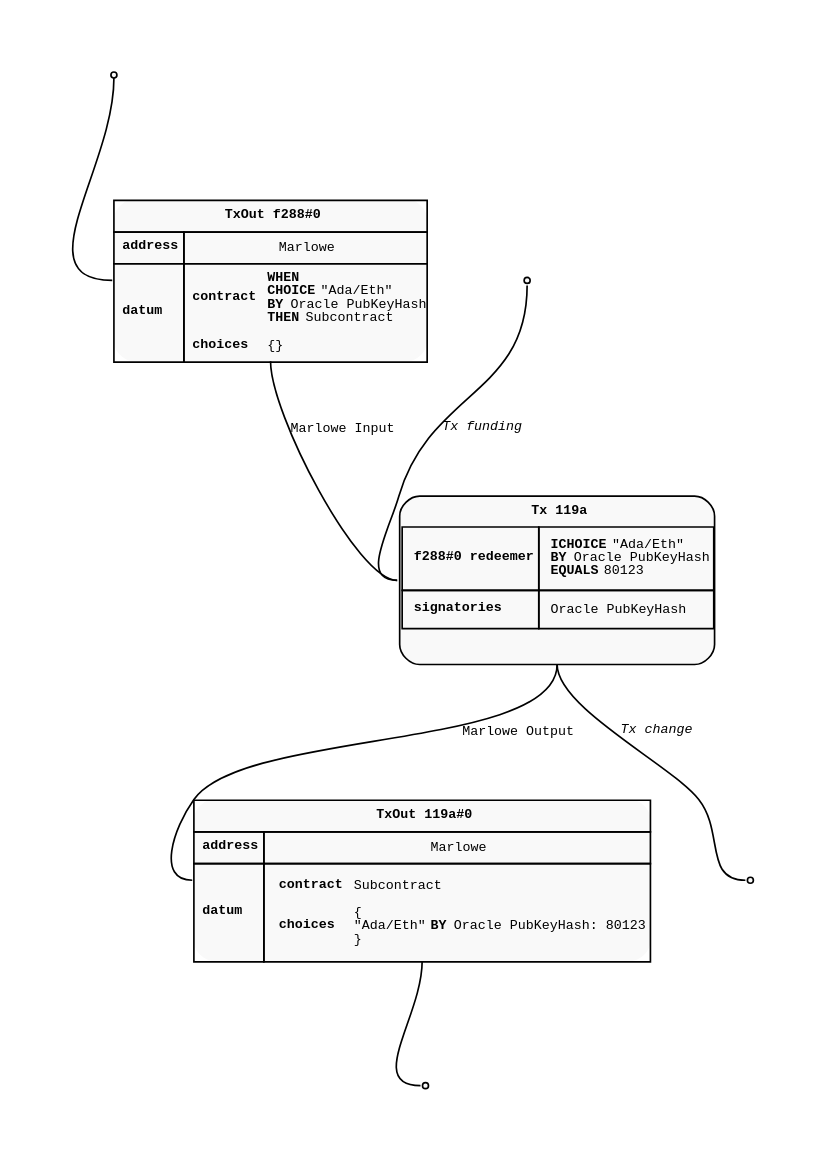
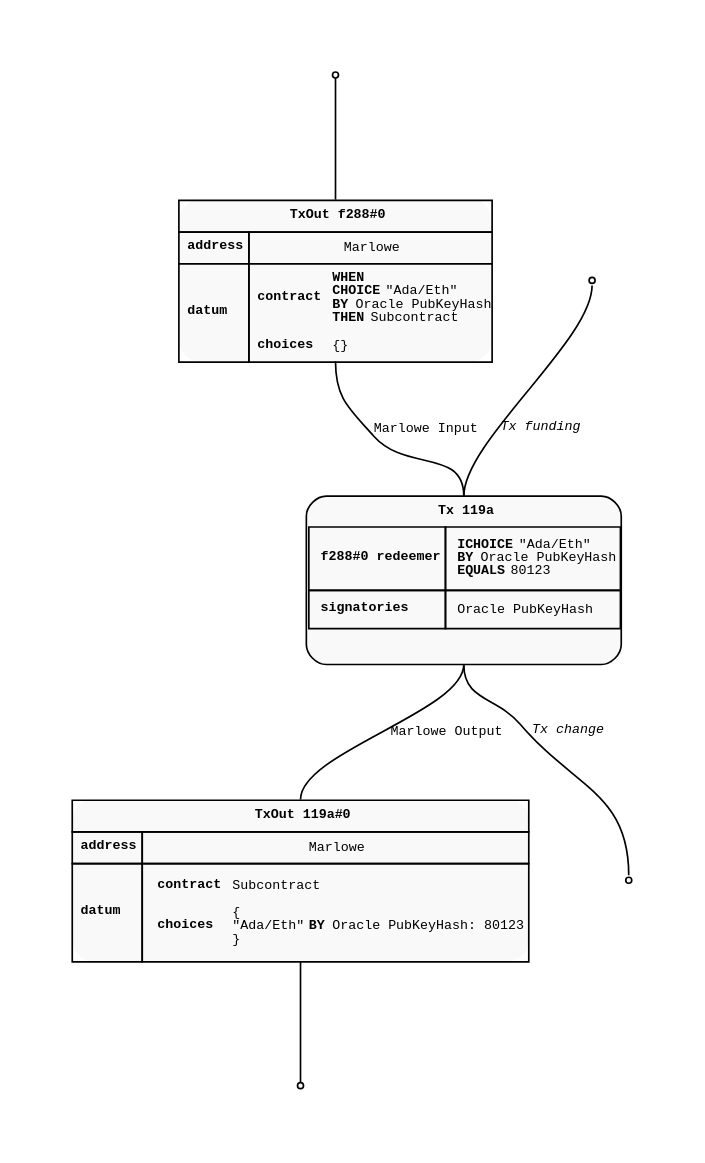
The diagram in diagrams/utxo-marlowe-choice-verification.dot (marlowe-lang/marlowe-oracle-protocol), drawn with Graphviz before and after one commit. The commit also changed 22 other files, not shown here.

Commit message:
Actually make diagrams top-down

```diff
--- a/diagrams/utxo-marlowe-choice-verification.dot
+++ b/diagrams/utxo-marlowe-choice-verification.dot
@@ -1,102 +1,102 @@
 digraph Marlowe_Choice_Authenticity {
   rankdir=TD;
   graph [pad="0.5", nodesep="0.8", ranksep="1"];
   node [shape=rect, style="filled,rounded", fillcolor="#f9f9f9", fontname="Courier New", fontsize="8pt"];
-  edge [arrowhead=none, tailport="s", headport="w", color="#aaa", fontname="Courier New", fontsize="8pt"];
+  edge [arrowhead=none, tailport="s", headport="n", color="#aaa", fontname="Courier New", fontsize="8pt"];
 
   Tx [label=<
     <TABLE CELLSPACING="0" CELLPADDING="4" border="1" CELLBORDER="0" style="rounded" color="#aaa">
       <TR>
         <TD colspan="2" align="center"><b>Tx 119a</b></TD>
       </TR>
       <TR>
         <TD CELLPADDING="0">
           <TABLE CELLSPACING="0" CELLPADDING="6" border="0" CELLBORDER="0">
             <TR>
               <TD border="1" align="left"><b>f288#0 redeemer</b></TD>
               <TD border="1" align="left" balign="left"><b>ICHOICE </b>"Ada/Eth"<br/><b>BY </b>Oracle PubKeyHash<br/><b>EQUALS </b>80123</TD>
             </TR>
             <TR>
               <TD border="1" align="left"><b>signatories</b></TD>
               <TD border="1" align="left">Oracle PubKeyHash</TD>
             </TR>
             <TR>
               <TD collspan="2" align="center"> </TD>
             </TR>
           </TABLE>
         </TD>
       </TR>
     </TABLE>
   > color="#aaa" shape="plain"];
 
   MarloweInitialThreadPoint [shape=point];
   MarloweInitialThreadPoint -> MarloweInitialOutput;
 
   MarloweInitialOutput [label=<
     <TABLE CELLSPACING="0" CELLPADDING="4" border="0" CELLBORDER="1" style="rounded" color="#aaa">
       <TR>
         <TD colspan="2" align="center"><b>TxOut f288#0</b></TD>
       </TR>
       <TR>
         <TD align="left"><b>address</b></TD>
         <TD>Marlowe</TD>
       </TR>
       <TR>
         <TD align="left"><b>datum</b></TD>
         <TD align="left" balign="left" cellpadding="0">
           <TABLE CELLSPACING="0" CELLPADDING="4" border="0" CELLBORDER="0">
             <TR>
               <TD align="left"><b>contract</b></TD>
               <TD align="left" balign="left"><b>WHEN</b><br /><b>CHOICE </b>"Ada/Eth"<br/><b>BY </b>Oracle PubKeyHash<br/><b>THEN </b>Subcontract</TD>
             </TR>
             <TR>
               <TD align="left"><b>choices</b></TD>
               <TD align="left" balign="left">{}</TD>
             </TR>
           </TABLE>
         </TD>
       </TR>
       </TABLE>
   > shape="plain" border="0"]
 
   MarloweInitialOutput -> Tx [label=<Marlowe Input>];
 
   FundingOutput [shape=point];
   FundingOutput -> Tx [label=<<i>Tx funding</i>>];
 
   MarloweOutput [label=<
     <TABLE CELLSPACING="0" CELLPADDING="4" border="0" CELLBORDER="1" style="rounded" color="#aaa">
       <TR>
         <TD colspan="2" align="center"><b>TxOut 119a#0</b></TD>
       </TR>
       <TR>
         <TD align="left"><b>address</b></TD>
         <TD>Marlowe</TD>
       </TR>
       <TR>
         <TD align="left"><b>datum</b></TD>
         <TD align="left" balign="left">
           <TABLE CELLSPACING="0" CELLPADDING="4" border="0" CELLBORDER="0" style="rounded" color="#aaa">
             <TR>
               <TD align="left"><b>contract</b></TD>
               <TD align="left" balign="left">Subcontract</TD>
             </TR>
             <TR>
               <TD align="left"><b>choices</b></TD>
               <TD align="left" balign="left">{<br />"Ada/Eth" <b> BY</b>Oracle PubKeyHash: 80123<br/>}</TD>
             </TR>
           </TABLE>
         </TD>
       </TR>
       </TABLE>
   > shape="plain" border="1" color="#000"]
 
   Tx -> MarloweOutput [label=<Marlowe Output>];
 
   MarloweResultingThreadPoint [shape=point];
   MarloweOutput -> MarloweResultingThreadPoint;
 
   change [shape=point];
   Tx -> change [label=<<i>Tx change</i>>];
 
 }
```
